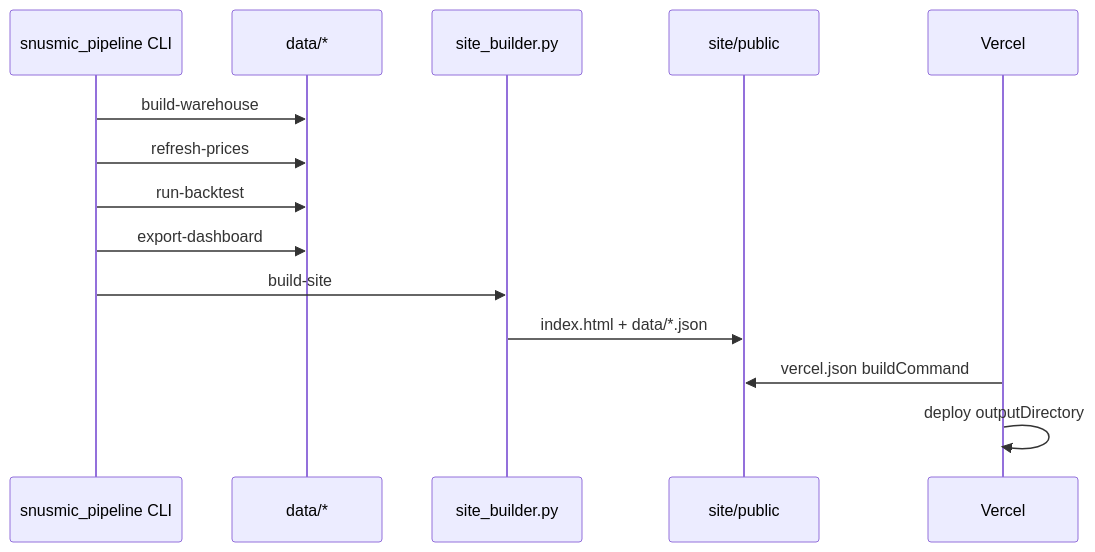
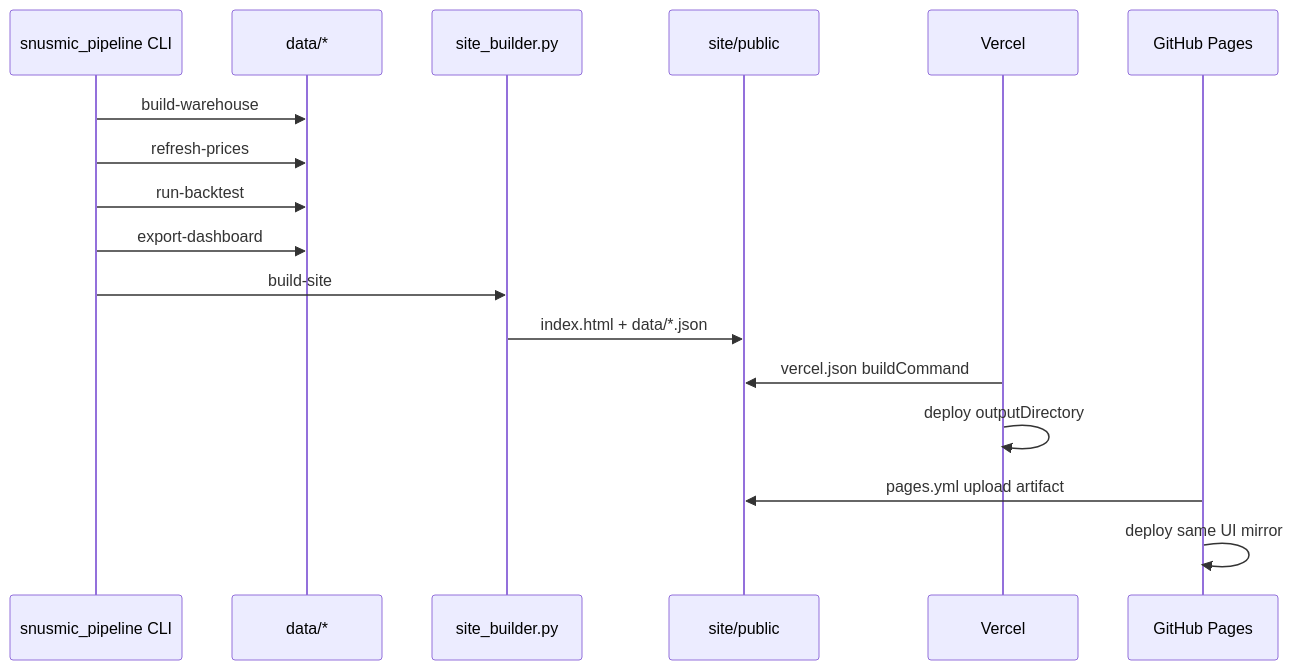
The third of 3 diagrams in README.md (ChoiInYeol/snusmic-quant-terminal), drawn with Mermaid before and after one commit. The commit also changed other lines of this file and 7 other files, not shown here.

````diff
--- a/README.md
+++ b/README.md
@@ -382,17 +382,20 @@
 ```mermaid
 sequenceDiagram
     participant CLI as snusmic_pipeline CLI
     participant DATA as data/*
     participant BUILDER as site_builder.py
     participant PUBLIC as site/public
     participant VERCEL as Vercel
+    participant PAGES as GitHub Pages
 
     CLI->>DATA: build-warehouse
     CLI->>DATA: refresh-prices
     CLI->>DATA: run-backtest
     CLI->>DATA: export-dashboard
     CLI->>BUILDER: build-site
     BUILDER->>PUBLIC: index.html + data/*.json
     VERCEL->>PUBLIC: vercel.json buildCommand
     VERCEL->>VERCEL: deploy outputDirectory
+    PAGES->>PUBLIC: pages.yml upload artifact
+    PAGES->>PAGES: deploy same UI mirror
 ```
````
